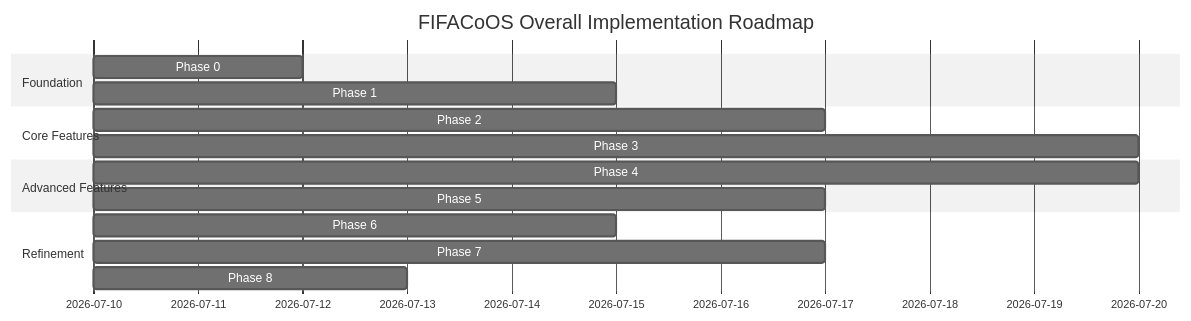
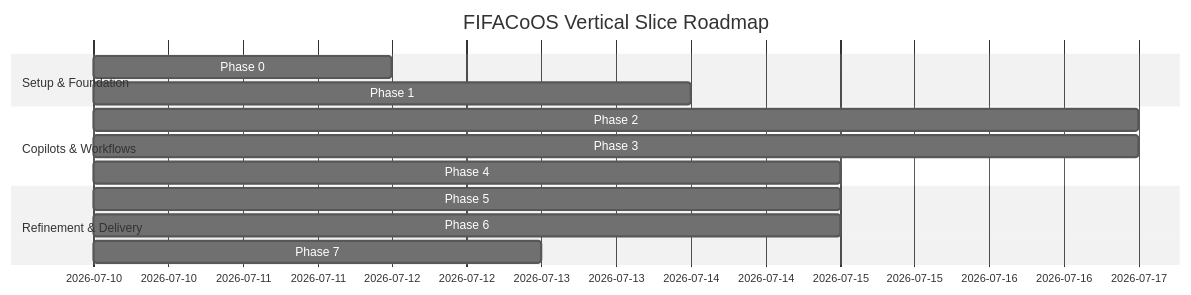
Before and after one commit to KumarNayan11/fifa-coos: the first of 2 diagrams in docs/planning/IMPLEMENTATION_PLAN.md, drawn with Mermaid (neutral theme). The commit also changed other lines of this file, not shown here.

Commit message:
revised implementation plan

````diff
--- a/docs/planning/IMPLEMENTATION_PLAN.md
+++ b/docs/planning/IMPLEMENTATION_PLAN.md
@@ -47,18 +60,16 @@
 ```mermaid
 gantt
-    title FIFACoOS Overall Implementation Roadmap
+    title FIFACoOS Vertical Slice Roadmap
     dateFormat  YYYY-MM-DD
-    section Foundation
+    section Setup & Foundation
     Phase 0: Repo Init           :a1, 2026-07-10, 2d
-    Phase 1: Foundation          :a2, after a1, 5d
-    section Core Features
-    Phase 2: Auth & Flows        :a3, after a2, 7d
-    Phase 3: Core Domain Services:a4, after a3, 10d
-    section Advanced Features
-    Phase 4: AI Integration      :a5, after a4, 10d
-    Phase 5: Ops Dashboard       :a6, after a5, 7d
-    section Refinement
-    Phase 6: A11y & Multilingual :a7, after a6, 5d
-    Phase 7: Quality & Hardening :a8, after a7, 7d
-    Phase 8: Final Submission    :a9, after a8, 3d
+    Phase 1: Platform Foundation :a2, after a1, 4d
+    section Copilots & Workflows
+    Phase 2: Fan Copilot Slice   :a3, after a2, 7d
+    Phase 3: Ops Command Center  :a4, after a3, 7d
+    Phase 4: Volunteer Assistant :a5, after a4, 5d
+    section Refinement & Delivery
+    Phase 5: A11y & Multilingual :a6, after a5, 5d
+    Phase 6: Quality Hardening   :a7, after a6, 5d
+    Phase 7: Comp Readiness      :a8, after a7, 3d
 ```
````
